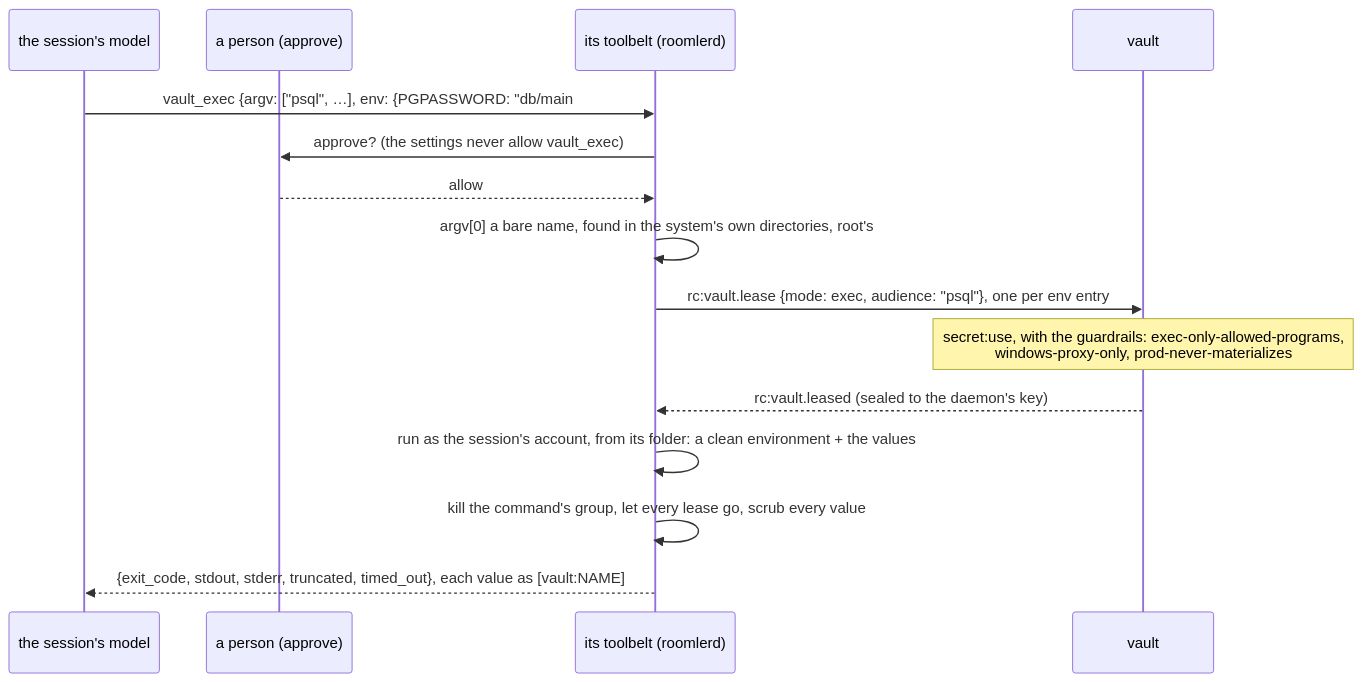
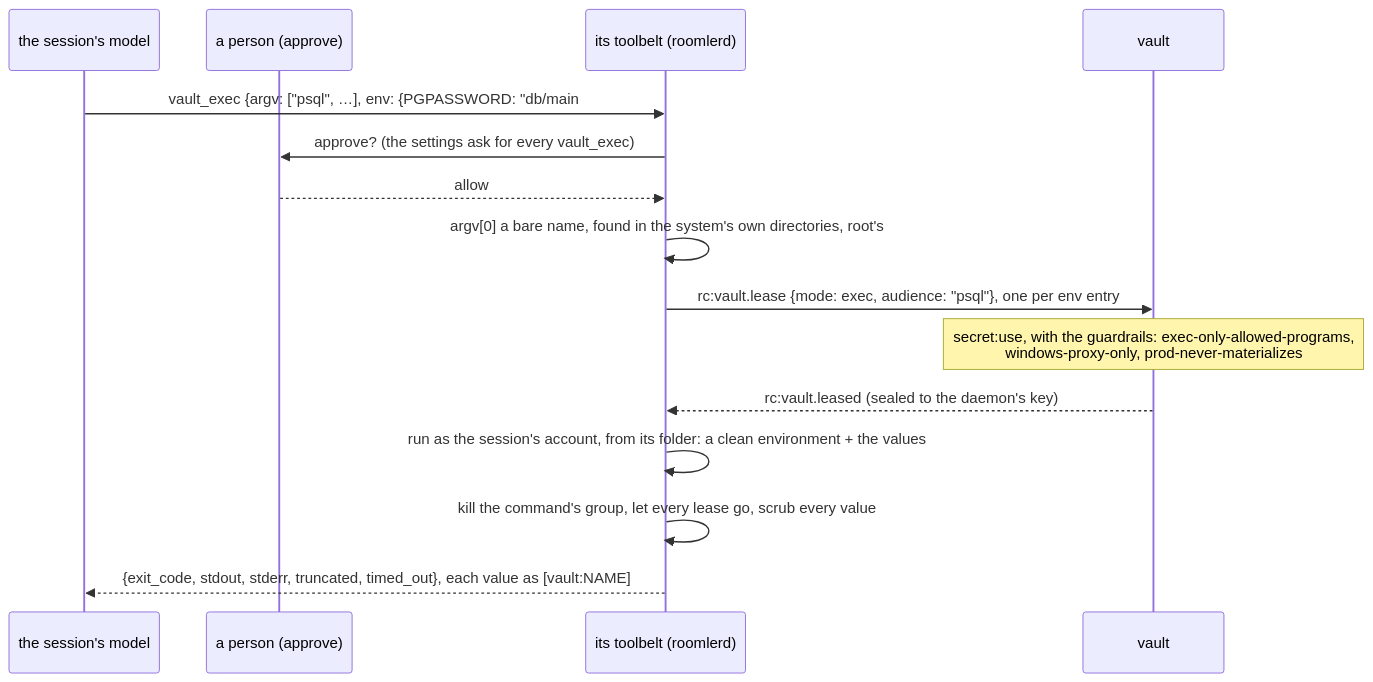
The ninth of 10 diagrams in docs/vault.md (gjovanov/roomler-ai), drawn with Mermaid before and after one commit. The commit also changed other lines of this file and 9 other files, not shown here.

First line of the commit message:
fix(fr-90): the vault's uses are ASKED for in the session's settings — a repository's own allow rule could skip the person (#2486)

````diff
--- a/docs/vault.md
+++ b/docs/vault.md
@@ -706,17 +706,17 @@
 ```mermaid
 sequenceDiagram
     participant M as the session's model
     participant A as a person (approve)
     participant T as its toolbelt (roomlerd)
     participant V as vault
     M->>T: vault_exec {argv: ["psql", …], env: {PGPASSWORD: "db/main#password"}}
-    T->>A: approve? (the settings never allow vault_exec)
+    T->>A: approve? (the settings ask for every vault_exec)
     A-->>T: allow
     T->>T: argv[0] a bare name, found in the system's own directories, root's
     T->>V: rc:vault.lease {mode: exec, audience: "psql"}, one per env entry
     Note over V: secret:use, with the guardrails: exec-only-allowed-programs,<br/>windows-proxy-only, prod-never-materializes
     V-->>T: rc:vault.leased (sealed to the daemon's key)
     T->>T: run as the session's account, from its folder: a clean environment + the values
     T->>T: kill the command's group, let every lease go, scrub every value
     T-->>M: {exit_code, stdout, stderr, truncated, timed_out}, each value as [vault:NAME]
 ```
````
